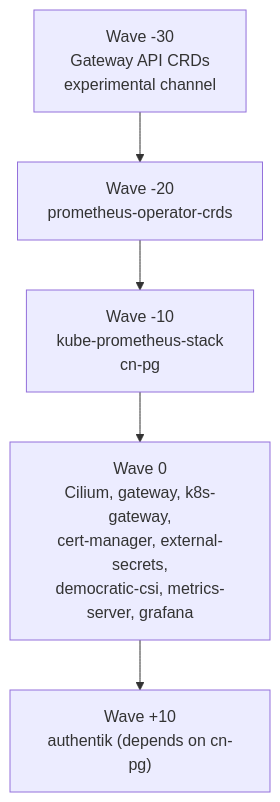
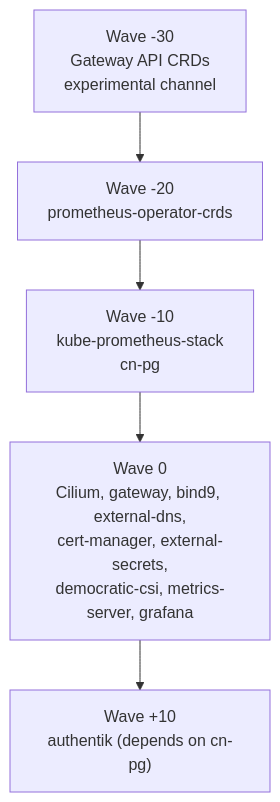
The seventh of 8 diagrams in docs/architecture.md (mralanlee/homelab), drawn with Mermaid before and after one commit. The commit also changed other lines of this file, not shown here.

Commit message:
docs: update architecture diagrams (bind9 + external-dns instead of k8s-gateway)

````diff
--- a/docs/architecture.md
+++ b/docs/architecture.md
@@ -200,10 +204,10 @@
 ```mermaid
 graph TB
     W30["Wave -30<br/>Gateway API CRDs<br/>experimental channel"]
     W20["Wave -20<br/>prometheus-operator-crds"]
     W10["Wave -10<br/>kube-prometheus-stack<br/>cn-pg"]
-    W0["Wave 0<br/>Cilium, gateway, k8s-gateway,<br/>cert-manager, external-secrets,<br/>democratic-csi, metrics-server, grafana"]
+    W0["Wave 0<br/>Cilium, gateway, bind9, external-dns,<br/>cert-manager, external-secrets,<br/>democratic-csi, metrics-server, grafana"]
     W10p["Wave +10<br/>authentik (depends on cn-pg)"]
 
     W30 --> W20 --> W10 --> W0 --> W10p
 ```
````
